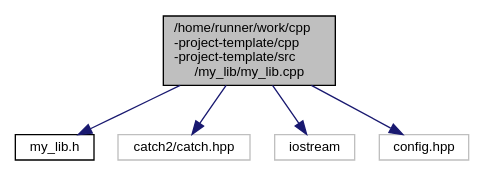
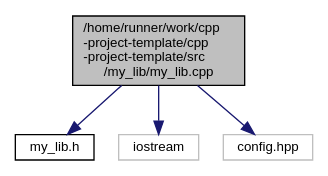
Before and after one commit to Valdera/cpp-project-template: the diagram in my__lib_8cpp__incl.dot, drawn with Graphviz. The commit also changed 7 other files, not shown here.

```diff
--- a/my__lib_8cpp__incl.dot
+++ b/my__lib_8cpp__incl.dot
@@ -1,15 +1,13 @@
 digraph "/home/runner/work/cpp-project-template/cpp-project-template/src/my_lib/my_lib.cpp"
 {
  // LATEX_PDF_SIZE
   edge [fontname="Helvetica",fontsize="10",labelfontname="Helvetica",labelfontsize="10"];
   node [fontname="Helvetica",fontsize="10",shape=record];
   Node1 [label="/home/runner/work/cpp\l-project-template/cpp\l-project-template/src\l/my_lib/my_lib.cpp",height=0.2,width=0.4,color="black", fillcolor="grey75", style="filled", fontcolor="black",tooltip=" "];
   Node1 -> Node2 [color="midnightblue",fontsize="10",style="solid",fontname="Helvetica"];
   Node2 [label="my_lib.h",height=0.2,width=0.4,color="black", fillcolor="white", style="filled",URL="$my__lib_8h.html",tooltip=" "];
   Node1 -> Node3 [color="midnightblue",fontsize="10",style="solid",fontname="Helvetica"];
-  Node3 [label="catch2/catch.hpp",height=0.2,width=0.4,color="grey75", fillcolor="white", style="filled",tooltip=" "];
+  Node3 [label="iostream",height=0.2,width=0.4,color="grey75", fillcolor="white", style="filled",tooltip=" "];
   Node1 -> Node4 [color="midnightblue",fontsize="10",style="solid",fontname="Helvetica"];
-  Node4 [label="iostream",height=0.2,width=0.4,color="grey75", fillcolor="white", style="filled",tooltip=" "];
-  Node1 -> Node5 [color="midnightblue",fontsize="10",style="solid",fontname="Helvetica"];
-  Node5 [label="config.hpp",height=0.2,width=0.4,color="grey75", fillcolor="white", style="filled",tooltip=" "];
+  Node4 [label="config.hpp",height=0.2,width=0.4,color="grey75", fillcolor="white", style="filled",tooltip=" "];
 }
```
